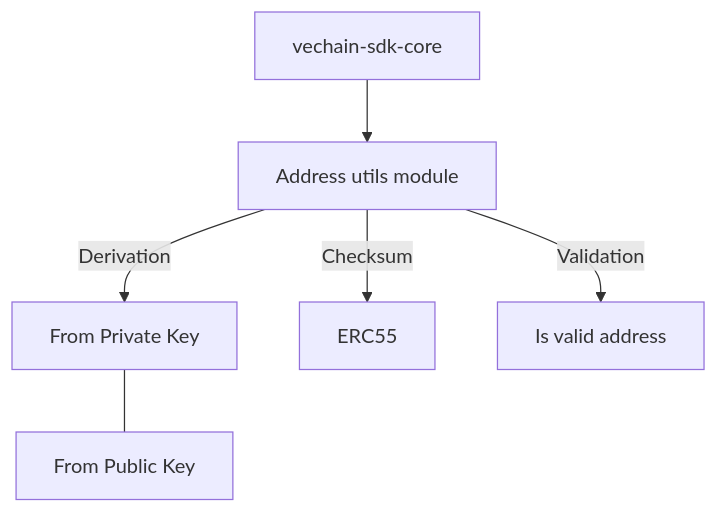
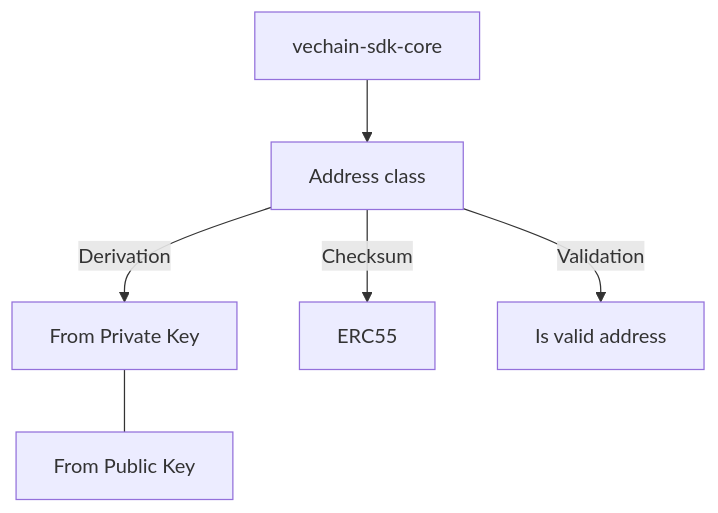
The diagram in docs/address-utils.md (vechain/vechain-sdk-js), drawn with Mermaid before and after one commit. The commit also changed other lines of this file and 56 other files, not shown here.

Commit message:
feat: removed address-utils

````diff
--- a/docs/address-utils.md
+++ b/docs/address-utils.md
@@ -15,9 +15,9 @@
 ```mermaid
 graph TD
 ;
-    A[vechain-sdk-core] --> B[Address utils module];
+    A[vechain-sdk-core] --> B[Address class];
     B -->|Derivation| C[From Private Key];
     C --- D[From Public Key];
     B -->|Checksum| E[ERC55];
     B -->|Validation| F[Is valid address];
 ```
````
